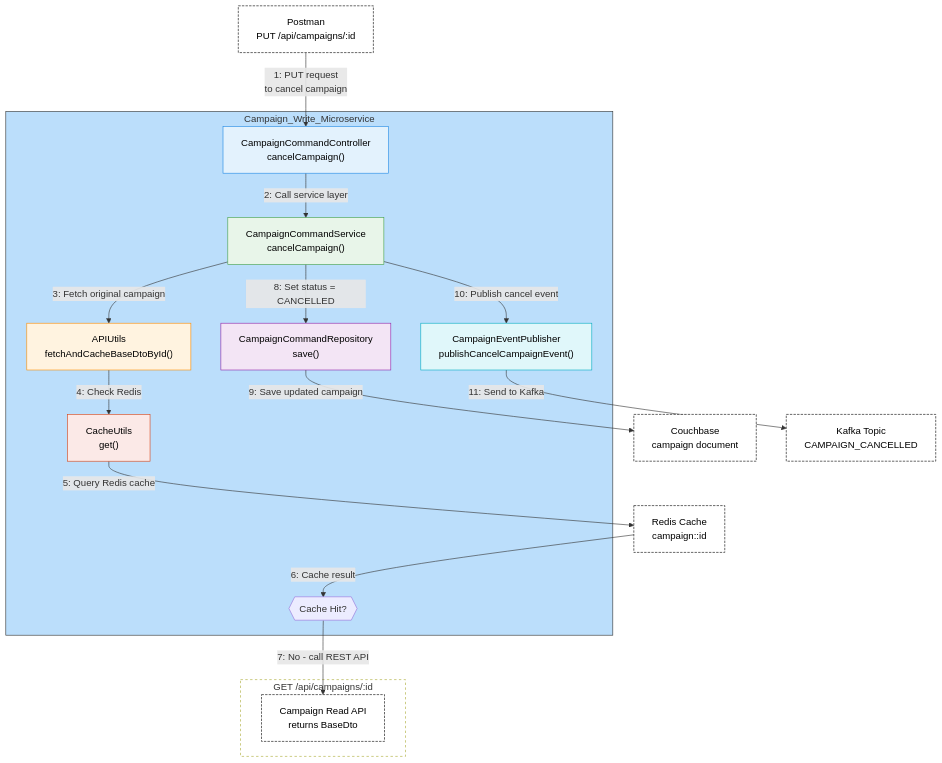
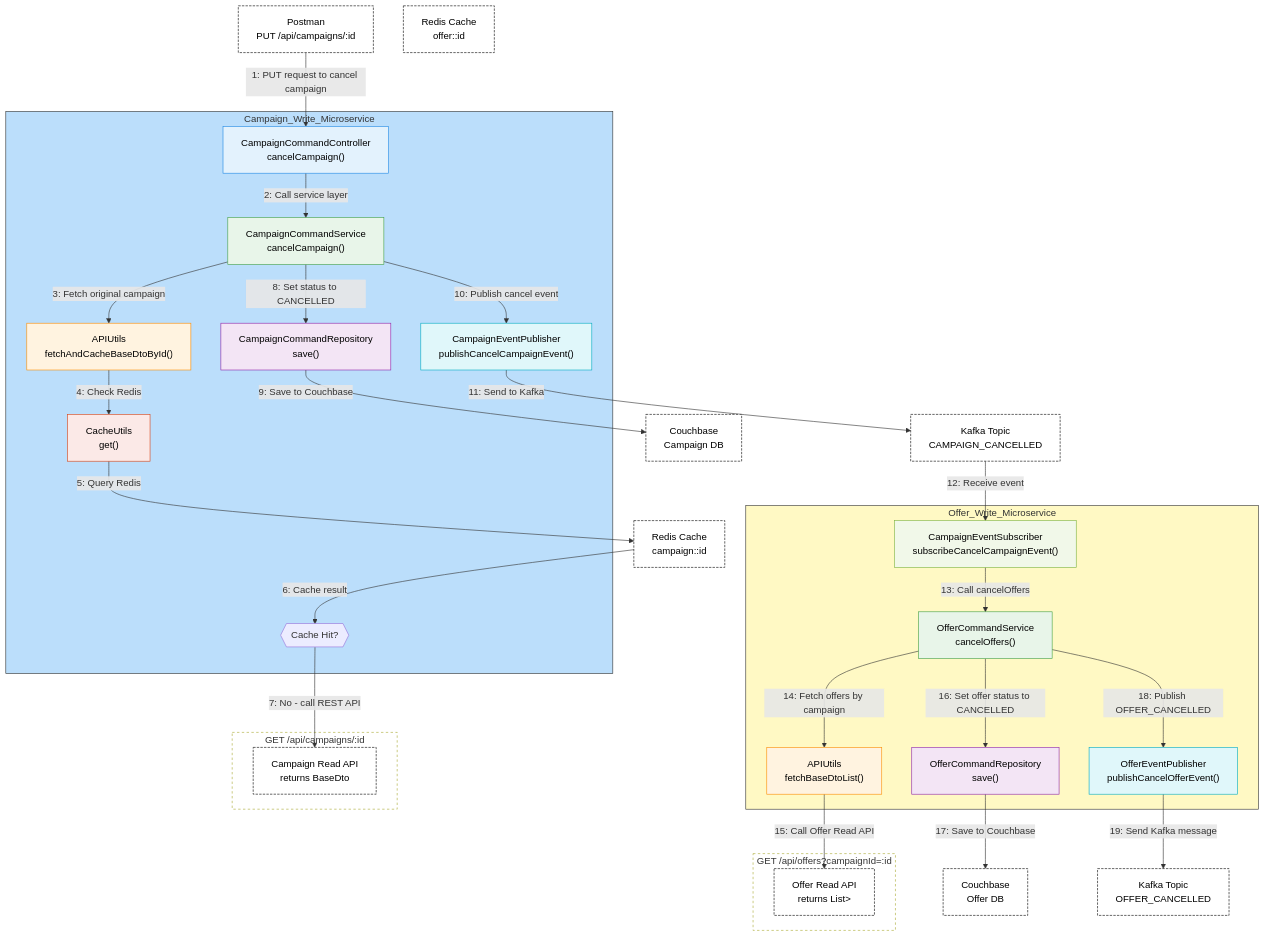
One commit to aakashkumar1980/apps-microservices changed the diagram in _readme_assets/campaign_cancel.mmd. Above: the diagram before and after it, drawn with Mermaid.

Commit message:
updated and refactored

```diff
--- a/_readme_assets/campaign_cancel.mmd
+++ b/_readme_assets/campaign_cancel.mmd
@@ -1,49 +1,80 @@
 flowchart TD
 %% Postman
     POSTMAN["Postman<br>PUT /api/campaigns/:id"]:::external
 
 %% Campaign Write Microservice
     subgraph Campaign_Write_Microservice
         style Campaign_Write_Microservice fill:#BBDEFB,stroke:#333,stroke-width:1px
 
         CCC["CampaignCommandController<br>cancelCampaign()"]:::controller
         CCS["CampaignCommandService<br>cancelCampaign()"]:::service
         APIU["APIUtils<br>fetchAndCacheBaseDtoById()"]:::util
         CU["CacheUtils<br>get()"]:::util2
         DECISION{{Cache Hit?}}:::decision
         CCR["CampaignCommandRepository<br>save()"]:::repository
         CEP["CampaignEventPublisher<br>publishCancelCampaignEvent()"]:::event
     end
 
-%% External: Couchbase, Kafka, Redis, REST API
-    CB["Couchbase<br>campaign document"]:::external
+%% Offer Write Microservice
+    subgraph Offer_Write_Microservice
+        style Offer_Write_Microservice fill:#FFF9C4,stroke:#333,stroke-width:1px
+
+        CES["CampaignEventSubscriber<br>subscribeCancelCampaignEvent()"]:::subscriber
+        OFU["OfferCommandService<br>cancelOffers()"]:::service
+        APIU2["APIUtils<br>fetchBaseDtoList()"]:::util
+        OFR["OfferCommandRepository<br>save()"]:::repository
+        OEP["OfferEventPublisher<br>publishCancelOfferEvent()"]:::event
+    end
+
+%% External Systems
+    CB_CAMPAIGN["Couchbase<br>Campaign DB"]:::external
+    CB_OFFER["Couchbase<br>Offer DB"]:::external
     K1["Kafka Topic<br>CAMPAIGN_CANCELLED"]:::external
-    REDIS["Redis Cache<br>campaign::id"]:::external
+    K2["Kafka Topic<br>OFFER_CANCELLED"]:::external
+    REDIS1["Redis Cache<br>campaign::id"]:::external
+    REDIS2["Redis Cache<br>offer::id"]:::external
 
-%% External REST API call box
+%% REST API box (campaign)
     subgraph Campaign_Read_API [GET /api/campaigns/:id]
         style Campaign_Read_API stroke-dasharray: 4 4,fill:#ffffff
         REST["Campaign Read API<br>returns BaseDto<Campaign>"]:::external
     end
 
-%% Flow Arrows
-    POSTMAN -->|1: PUT request<br>to cancel campaign| CCC
+%% REST API box (offer)
+    subgraph Offer_Read_API [GET /api/offers?campaignId=:id]
+        style Offer_Read_API stroke-dasharray: 4 4,fill:#ffffff
+        REST2["Offer Read API<br>returns List<BaseDto<Offer>>"]:::external
+    end
+
+%% Campaign Flow
+    POSTMAN -->|1: PUT request to cancel campaign| CCC
     CCC -->|2: Call service layer| CCS
     CCS -->|3: Fetch original campaign| APIU
     APIU -->|4: Check Redis| CU
-    CU -->|5: Query Redis cache| REDIS
-    REDIS -->|6: Cache result| DECISION
+    CU -->|5: Query Redis| REDIS1
+    REDIS1 -->|6: Cache result| DECISION
     DECISION -->|7: No - call REST API| REST
-    CCS -->|8: Set status = CANCELLED| CCR
-    CCR -->|9: Save updated campaign| CB
+    CCS -->|8: Set status to CANCELLED| CCR
+    CCR -->|9: Save to Couchbase| CB_CAMPAIGN
     CCS -->|10: Publish cancel event| CEP
     CEP -->|11: Send to Kafka| K1
+
+%% Offer Flow
+    K1 -->|12: Receive event| CES
+    CES -->|13: Call cancelOffers| OFU
+    OFU -->|14: Fetch offers by campaign| APIU2
+    APIU2 -->|15: Call Offer Read API| REST2
+    OFU -->|16: Set offer status to CANCELLED| OFR
+    OFR -->|17: Save to Couchbase| CB_OFFER
+    OFU -->|18: Publish OFFER_CANCELLED| OEP
+    OEP -->|19: Send Kafka message| K2
 
 %% Styling
     classDef controller fill:#E3F2FD,stroke:#1E88E5,color:#000;
     classDef service fill:#E8F5E9,stroke:#43A047,color:#000;
+    classDef subscriber fill:#F1F8E9,stroke:#7CB342,color:#000;
+    classDef repository fill:#F3E5F5,stroke:#8E24AA,color:#000;
     classDef util fill:#FFF3E0,stroke:#FB8C00,color:#000;
     classDef util2 fill:#FBE9E7,stroke:#D84315,color:#000;
     classDef event fill:#E0F7FA,stroke:#00ACC1,color:#000;
-    classDef repository fill:#F3E5F5,stroke:#8E24AA,color:#000;
     classDef external fill:#FFFFFF,stroke:#000,color:#000,stroke-dasharray: 4 2;
```
